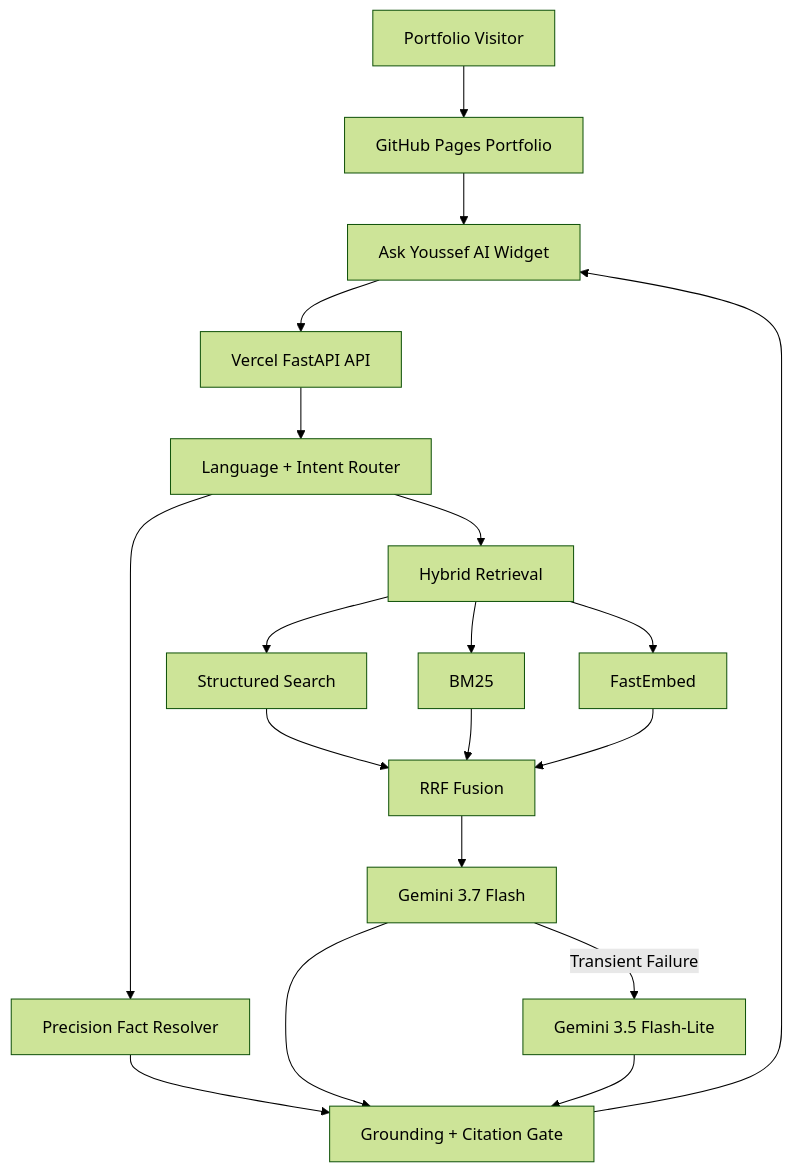
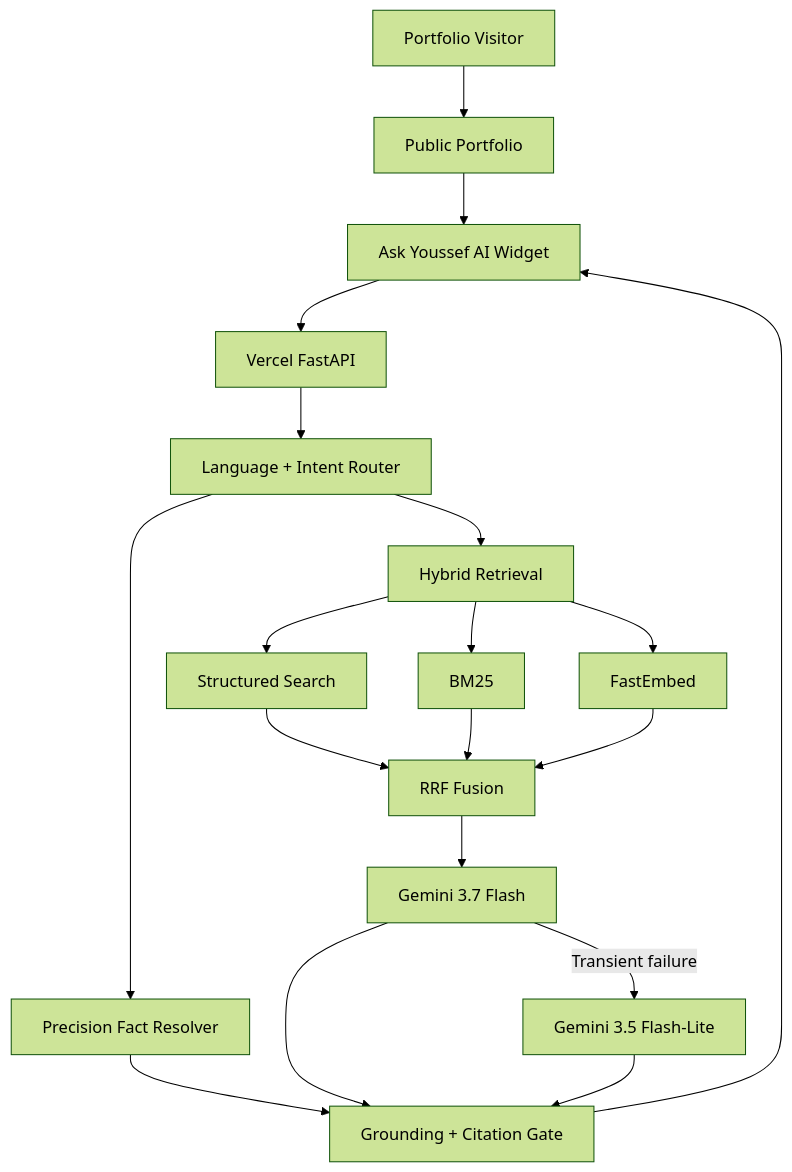
One commit to YOUSSEF-BT/ASK-YOUSSEF-AI changed the diagram in docs/deployment.md. Above: the diagram before and after it, drawn with Mermaid (forest theme). The commit also changed other lines of this file, not shown here.

````diff
--- a/docs/deployment.md
+++ b/docs/deployment.md
@@ -7,29 +7,26 @@
 ```mermaid
 flowchart TD
+    V[Portfolio Visitor] --> P[Public Portfolio]
+    P --> W[Ask Youssef AI Widget]
+    W --> API[Vercel FastAPI]
 
-    Visitor[Portfolio Visitor]
-    Visitor --> Portfolio[GitHub Pages Portfolio]
-    Portfolio --> Widget[Ask Youssef AI Widget]
-    Widget --> API[Vercel FastAPI API]
+    API --> R[Language + Intent Router]
+    R --> F[Precision Fact Resolver]
+    R --> H[Hybrid Retrieval]
 
-    API --> Router[Language + Intent Router]
-    Router --> Facts[Precision Fact Resolver]
-    Router --> Retrieval[Hybrid Retrieval]
+    H --> ST[Structured Search]
+    H --> B[BM25]
+    H --> E[FastEmbed]
 
-    Retrieval --> Structured[Structured Search]
-    Retrieval --> BM25[BM25]
-    Retrieval --> Semantic[FastEmbed]
+    ST --> RRF[RRF Fusion]
+    B --> RRF
+    E --> RRF
 
-    Structured --> RRF[RRF Fusion]
-    BM25 --> RRF
-    Semantic --> RRF
+    RRF --> G[Gemini 3.7 Flash]
+    G -->|Transient failure| GF[Gemini 3.5 Flash-Lite]
 
-    RRF --> Primary[Gemini 3.7 Flash]
-    Primary -->|Transient Failure| Fallback[Gemini 3.5 Flash-Lite]
-
-    Facts --> Grounding[Grounding + Citation Gate]
-    Primary --> Grounding
-    Fallback --> Grounding
-
-    Grounding --> Widget
+    F --> Q[Grounding + Citation Gate]
+    G --> Q
+    GF --> Q
+    Q --> W
 ```
````
